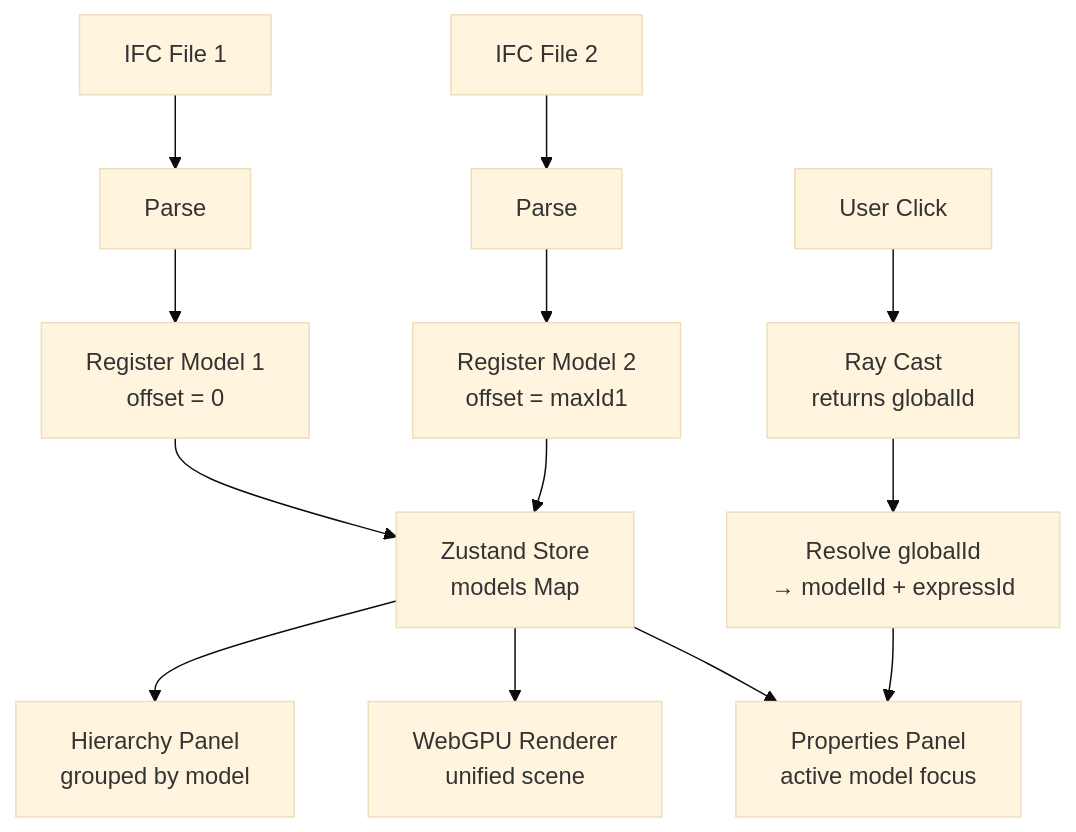
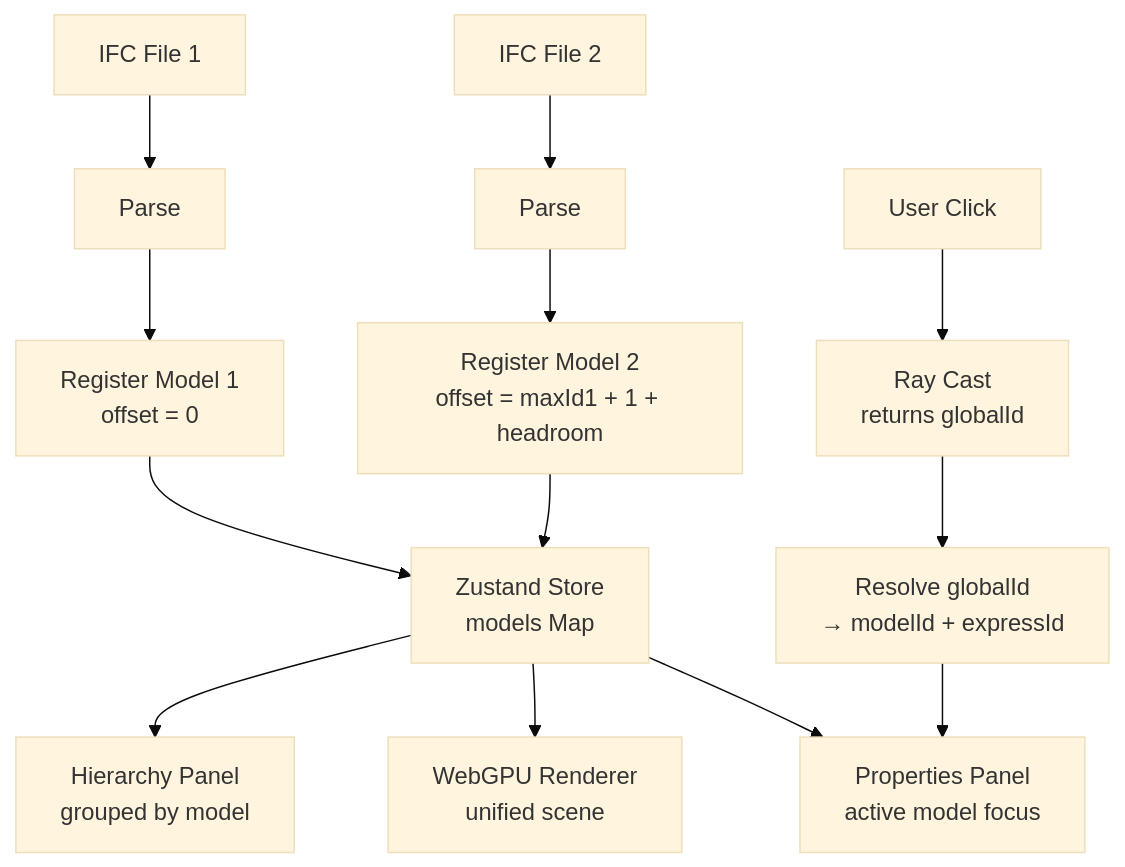
The diagram in docs/architecture/federation.md (LTplus-AG/ifc-lite), drawn with Mermaid (base theme) before and after one commit. The commit also changed other lines of this file and 14 other files, not shown here.

````diff
--- a/docs/architecture/federation.md
+++ b/docs/architecture/federation.md
@@ -106,19 +111,19 @@
 ```mermaid
 flowchart TD
     File1[IFC File 1] --> Parse1[Parse]
     File2[IFC File 2] --> Parse2[Parse]
 
     Parse1 --> Register1[Register Model 1<br/>offset = 0]
-    Parse2 --> Register2[Register Model 2<br/>offset = maxId1]
+    Parse2 --> Register2[Register Model 2<br/>offset = maxId1 + 1 + headroom]
 
     Register1 --> Store[Zustand Store<br/>models Map]
     Register2 --> Store
 
     Store --> Hierarchy[Hierarchy Panel<br/>grouped by model]
     Store --> Renderer[WebGPU Renderer<br/>unified scene]
     Store --> Properties[Properties Panel<br/>active model focus]
 
     Click[User Click] --> RayCast[Ray Cast<br/>returns globalId]
     RayCast --> Resolve[Resolve globalId<br/>→ modelId + expressId]
     Resolve --> Properties
 ```
````
